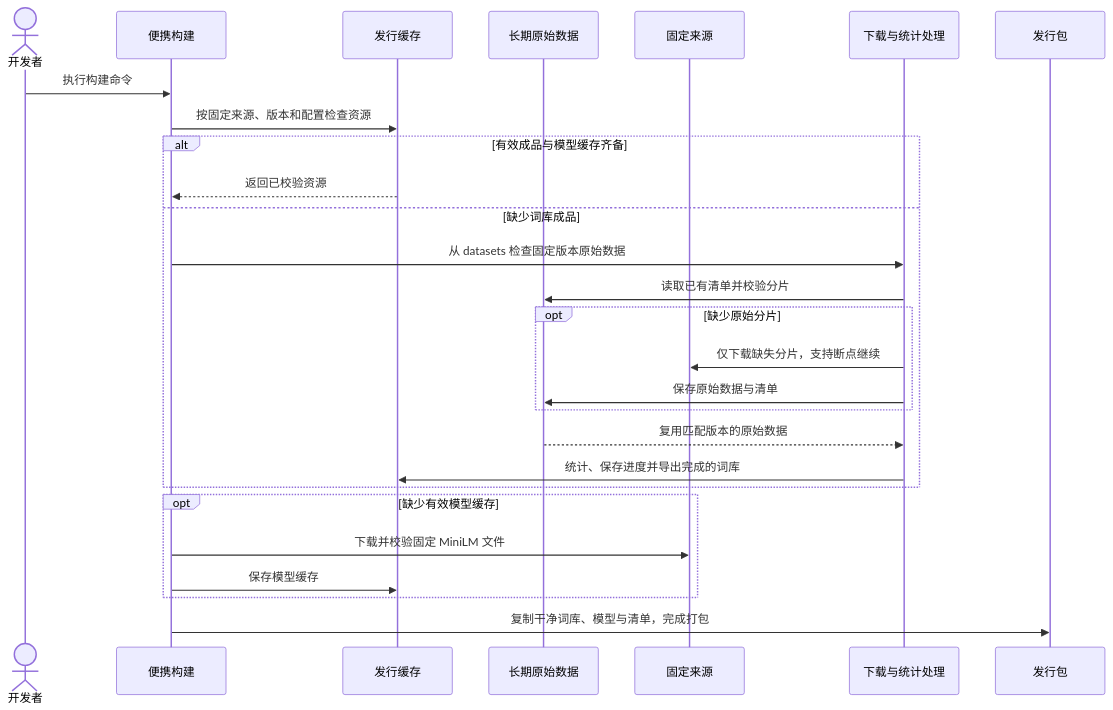
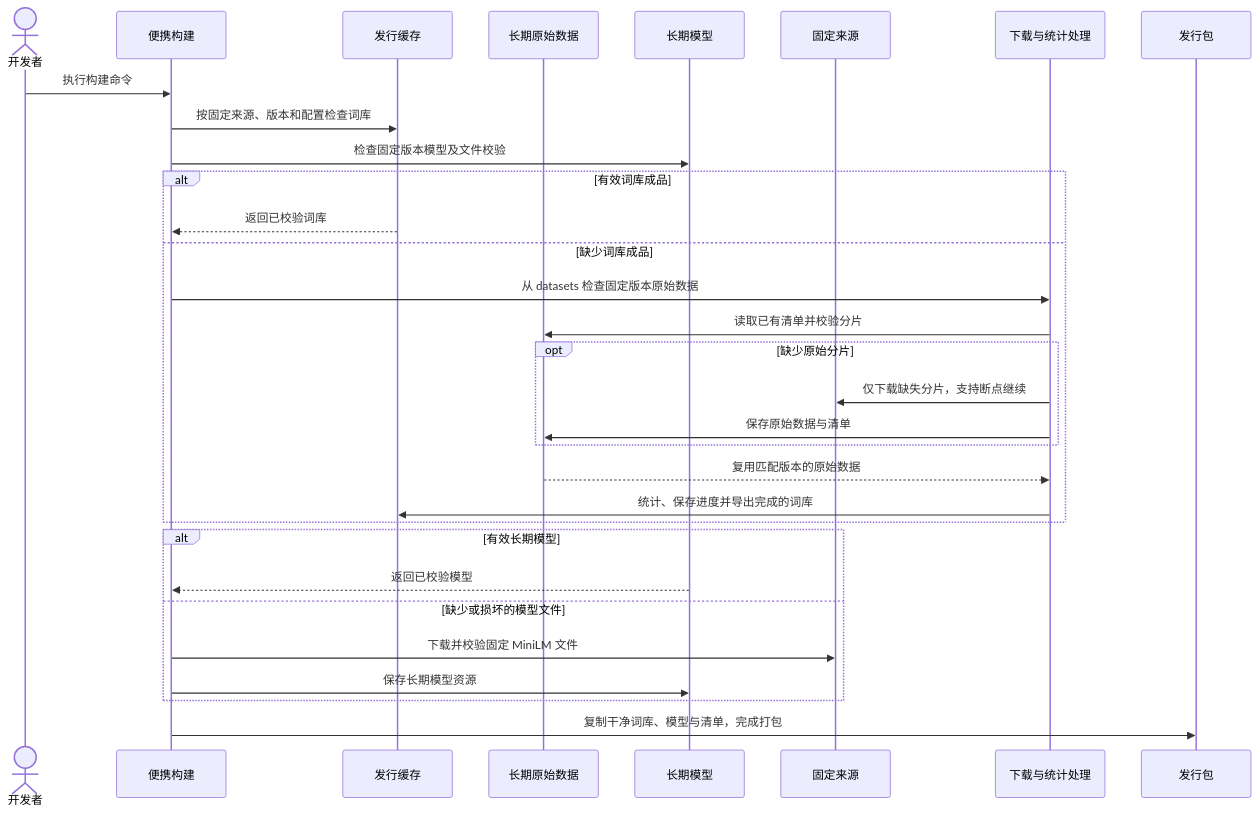
One commit to Lykr/pictide changed the second of 2 diagrams in docs/dev/issues/portable-build-cache.md. Above: the diagram before and after it, drawn with Mermaid. The commit also changed other lines of this file and 16 other files, not shown here.

````diff
--- a/docs/dev/issues/portable-build-cache.md
+++ b/docs/dev/issues/portable-build-cache.md
@@ -75,29 +81,33 @@
 ```mermaid
 sequenceDiagram
     actor Dev as 开发者
     participant Build as 便携构建
     participant Cache as 发行缓存
     participant Dataset as 长期原始数据
+    participant Models as 长期模型
     participant Source as 固定来源
     participant Corpus as 下载与统计处理
     participant Package as 发行包
     Dev->>Build: 执行构建命令
-    Build->>Cache: 按固定来源、版本和配置检查资源
-    alt 有效成品与模型缓存齐备
-        Cache-->>Build: 返回已校验资源
+    Build->>Cache: 按固定来源、版本和配置检查词库
+    Build->>Models: 检查固定版本模型及文件校验
+    alt 有效词库成品
+        Cache-->>Build: 返回已校验词库
     else 缺少词库成品
         Build->>Corpus: 从 datasets 检查固定版本原始数据
         Corpus->>Dataset: 读取已有清单并校验分片
         opt 缺少原始分片
             Corpus->>Source: 仅下载缺失分片，支持断点继续
             Corpus->>Dataset: 保存原始数据与清单
         end
         Dataset-->>Corpus: 复用匹配版本的原始数据
         Corpus->>Cache: 统计、保存进度并导出完成的词库
     end
-    opt 缺少有效模型缓存
+    alt 有效长期模型
+        Models-->>Build: 返回已校验模型
+    else 缺少或损坏的模型文件
         Build->>Source: 下载并校验固定 MiniLM 文件
-        Build->>Cache: 保存模型缓存
+        Build->>Models: 保存长期模型资源
     end
     Build->>Package: 复制干净词库、模型与清单，完成打包
 ```
````
